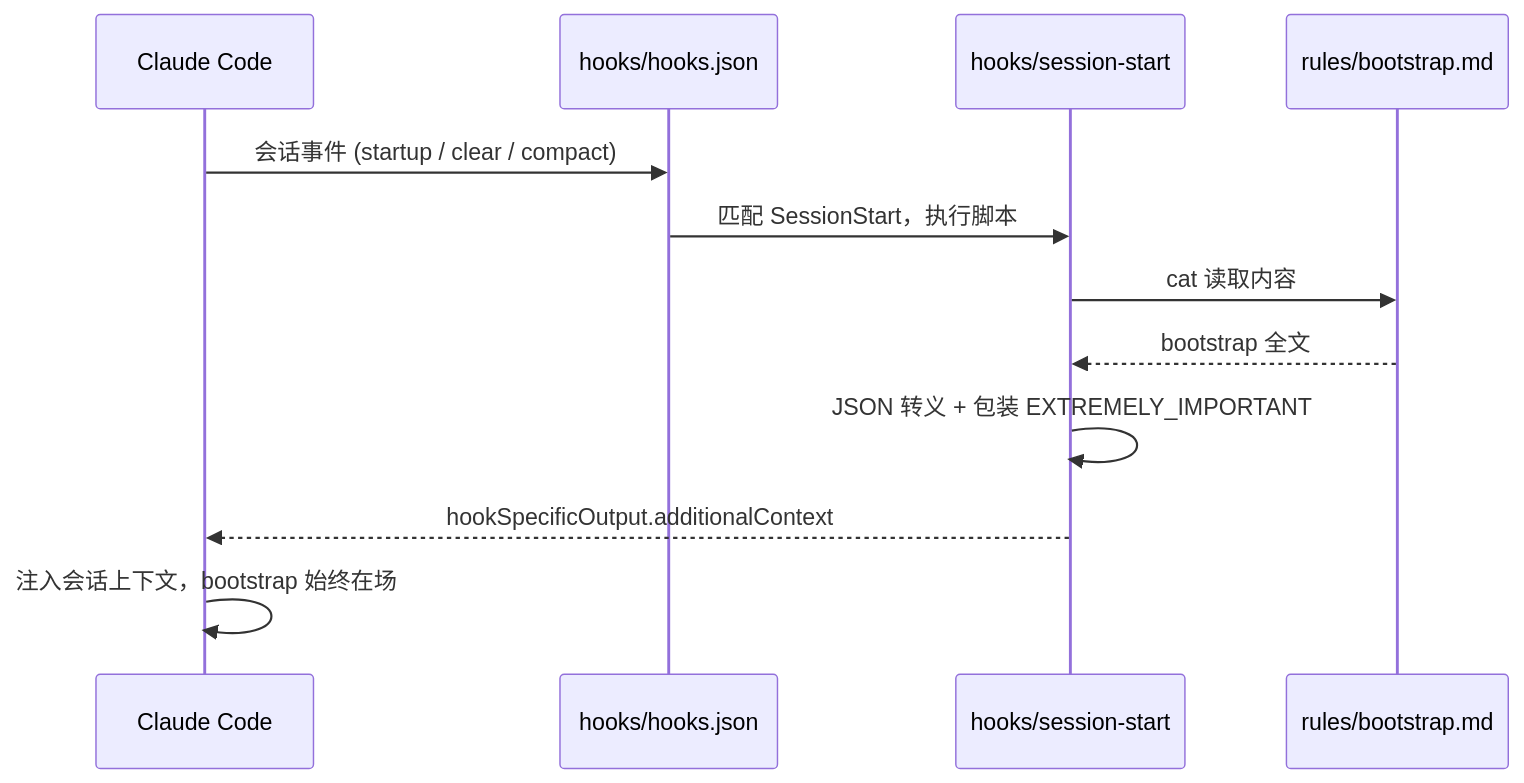
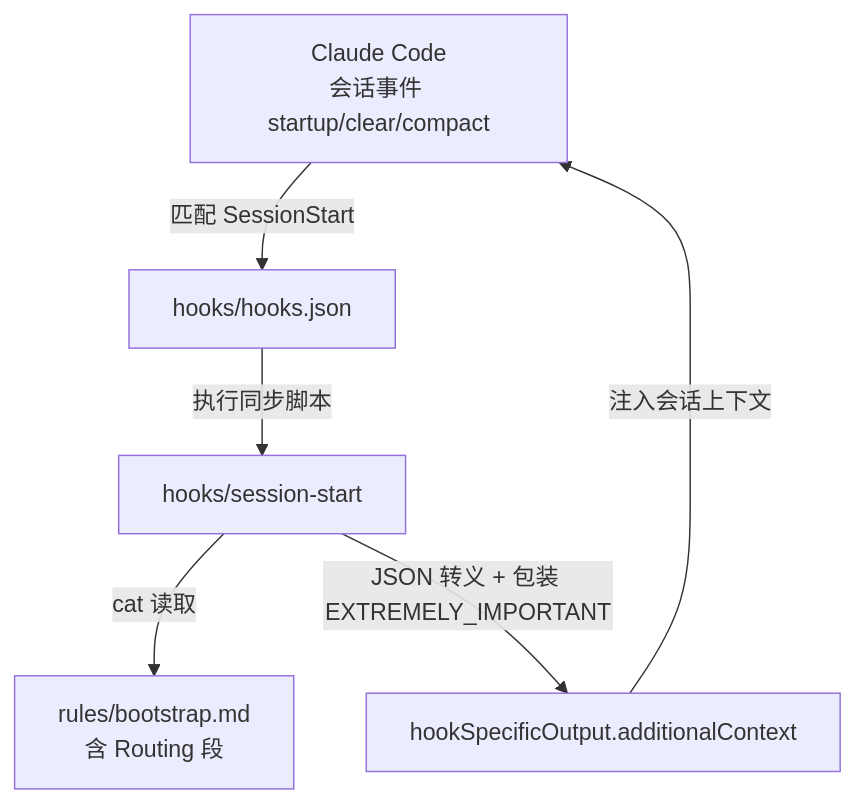
Before and after one commit to knotmark-ai/devmuse: the first of 2 diagrams in docs/wiki/four-layer-architecture.md, drawn with Mermaid. The commit also changed other lines of this file and 7 other files, not shown here.

````diff
--- a/docs/wiki/four-layer-architecture.md
+++ b/docs/wiki/four-layer-architecture.md
@@ -71,15 +73,8 @@
 ```mermaid
-sequenceDiagram
-    participant CC as Claude Code
-    participant HJ as hooks/hooks.json
-    participant SS as hooks/session-start
-    participant BS as rules/bootstrap.md
-
-    CC->>HJ: 会话事件 (startup / clear / compact)
-    HJ->>SS: 匹配 SessionStart，执行脚本
-    SS->>BS: cat 读取内容
-    BS-->>SS: bootstrap 全文
-    SS->>SS: JSON 转义 + 包装 EXTREMELY_IMPORTANT
-    SS-->>CC: hookSpecificOutput.additionalContext
-    CC->>CC: 注入会话上下文，bootstrap 始终在场
+graph TD
+    CC[Claude Code<br/>会话事件 startup/clear/compact] -->|匹配 SessionStart| HJ[hooks/hooks.json]
+    HJ -->|执行同步脚本| SS[hooks/session-start]
+    SS -->|cat 读取| BS[rules/bootstrap.md<br/>含 Routing 段]
+    SS -->|JSON 转义 + 包装 EXTREMELY_IMPORTANT| OUT[hookSpecificOutput.additionalContext]
+    OUT -->|注入会话上下文| CC
 ```
````
